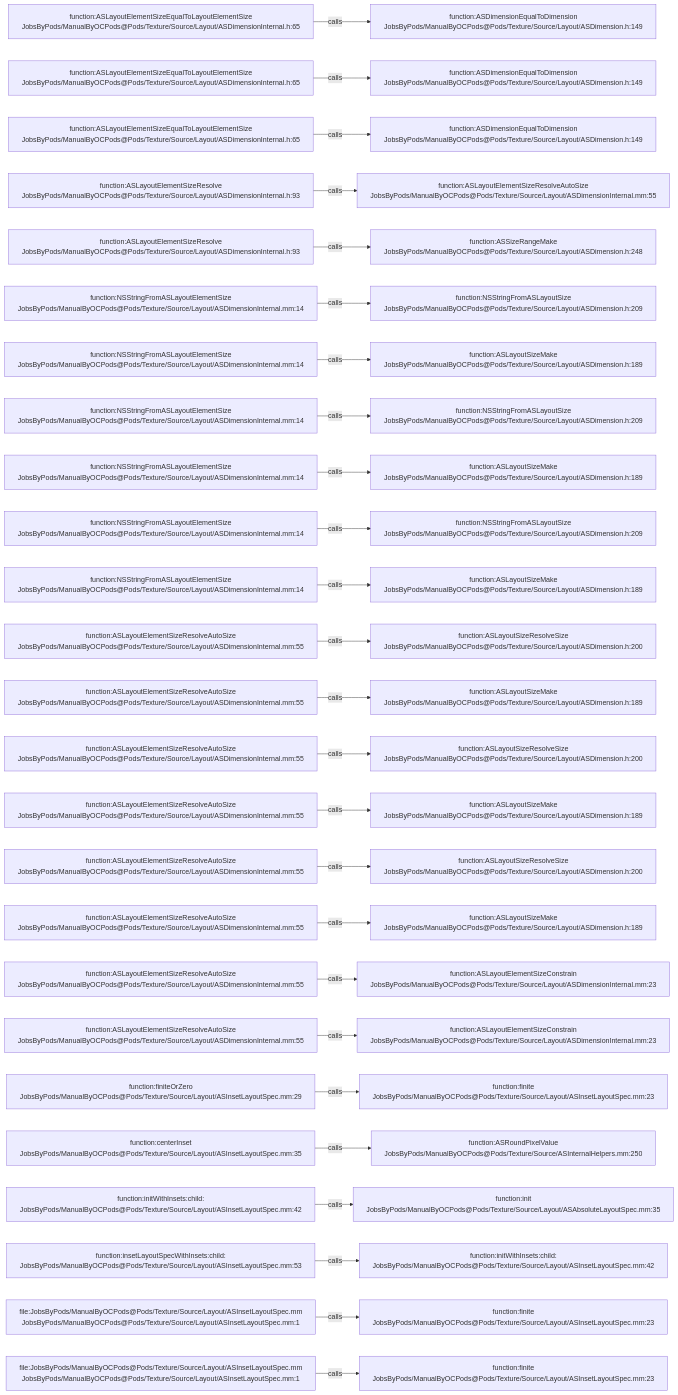
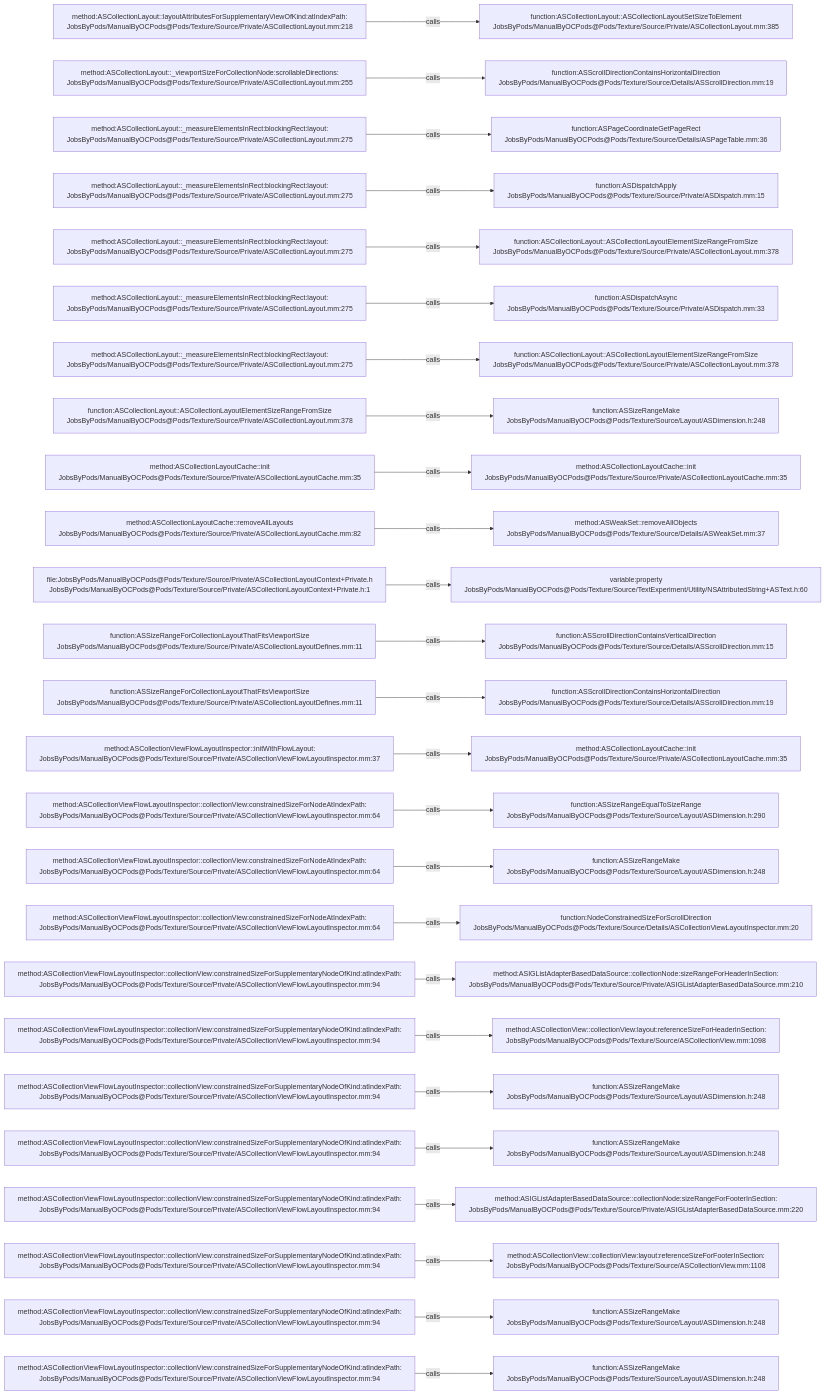
Before and after one commit to JobsKits/JobsOCBaseConfigDemo: the diagram in .codegraph/codegraph.md/graphs/calls-169.md, drawn with Mermaid. The commit also changed 2723 other files, not shown here.

````diff
--- a/.codegraph/codegraph.md/graphs/calls-169.md
+++ b/.codegraph/codegraph.md/graphs/calls-169.md
@@ -13,78 +13,78 @@
 ```mermaid
 flowchart LR
-  S1["function:ASLayoutElementSizeEqualToLayoutElementSize<br/>JobsByPods/ManualByOCPods@Pods/Texture/Source/Layout/ASDimensionInternal.h:65"]
-  T1["function:ASDimensionEqualToDimension<br/>JobsByPods/ManualByOCPods@Pods/Texture/Source/Layout/ASDimension.h:149"]
+  S1["method:ASCollectionLayout::layoutAttributesForSupplementaryViewOfKind:atIndexPath:<br/>JobsByPods/ManualByOCPods@Pods/Texture/Source/Private/ASCollectionLayout.mm:218"]
+  T1["function:ASCollectionLayout::ASCollectionLayoutSetSizeToElement<br/>JobsByPods/ManualByOCPods@Pods/Texture/Source/Private/ASCollectionLayout.mm:385"]
   S1 -->|calls| T1
-  S2["function:ASLayoutElementSizeEqualToLayoutElementSize<br/>JobsByPods/ManualByOCPods@Pods/Texture/Source/Layout/ASDimensionInternal.h:65"]
-  T2["function:ASDimensionEqualToDimension<br/>JobsByPods/ManualByOCPods@Pods/Texture/Source/Layout/ASDimension.h:149"]
+  S2["method:ASCollectionLayout::_viewportSizeForCollectionNode:scrollableDirections:<br/>JobsByPods/ManualByOCPods@Pods/Texture/Source/Private/ASCollectionLayout.mm:255"]
+  T2["function:ASScrollDirectionContainsHorizontalDirection<br/>JobsByPods/ManualByOCPods@Pods/Texture/Source/Details/ASScrollDirection.mm:19"]
   S2 -->|calls| T2
-  S3["function:ASLayoutElementSizeEqualToLayoutElementSize<br/>JobsByPods/ManualByOCPods@Pods/Texture/Source/Layout/ASDimensionInternal.h:65"]
-  T3["function:ASDimensionEqualToDimension<br/>JobsByPods/ManualByOCPods@Pods/Texture/Source/Layout/ASDimension.h:149"]
+  S3["method:ASCollectionLayout::_measureElementsInRect:blockingRect:layout:<br/>JobsByPods/ManualByOCPods@Pods/Texture/Source/Private/ASCollectionLayout.mm:275"]
+  T3["function:ASPageCoordinateGetPageRect<br/>JobsByPods/ManualByOCPods@Pods/Texture/Source/Details/ASPageTable.mm:36"]
   S3 -->|calls| T3
-  S4["function:ASLayoutElementSizeResolve<br/>JobsByPods/ManualByOCPods@Pods/Texture/Source/Layout/ASDimensionInternal.h:93"]
-  T4["function:ASLayoutElementSizeResolveAutoSize<br/>JobsByPods/ManualByOCPods@Pods/Texture/Source/Layout/ASDimensionInternal.mm:55"]
+  S4["method:ASCollectionLayout::_measureElementsInRect:blockingRect:layout:<br/>JobsByPods/ManualByOCPods@Pods/Texture/Source/Private/ASCollectionLayout.mm:275"]
+  T4["function:ASDispatchApply<br/>JobsByPods/ManualByOCPods@Pods/Texture/Source/Private/ASDispatch.mm:15"]
   S4 -->|calls| T4
-  S5["function:ASLayoutElementSizeResolve<br/>JobsByPods/ManualByOCPods@Pods/Texture/Source/Layout/ASDimensionInternal.h:93"]
-  T5["function:ASSizeRangeMake<br/>JobsByPods/ManualByOCPods@Pods/Texture/Source/Layout/ASDimension.h:248"]
+  S5["method:ASCollectionLayout::_measureElementsInRect:blockingRect:layout:<br/>JobsByPods/ManualByOCPods@Pods/Texture/Source/Private/ASCollectionLayout.mm:275"]
+  T5["function:ASCollectionLayout::ASCollectionLayoutElementSizeRangeFromSize<br/>JobsByPods/ManualByOCPods@Pods/Texture/Source/Private/ASCollectionLayout.mm:378"]
   S5 -->|calls| T5
-  S6["function:NSStringFromASLayoutElementSize<br/>JobsByPods/ManualByOCPods@Pods/Texture/Source/Layout/ASDimensionInternal.mm:14"]
-  T6["function:NSStringFromASLayoutSize<br/>JobsByPods/ManualByOCPods@Pods/Texture/Source/Layout/ASDimension.h:209"]
+  S6["method:ASCollectionLayout::_measureElementsInRect:blockingRect:layout:<br/>JobsByPods/ManualByOCPods@Pods/Texture/Source/Private/ASCollectionLayout.mm:275"]
+  T6["function:ASDispatchAsync<br/>JobsByPods/ManualByOCPods@Pods/Texture/Source/Private/ASDispatch.mm:33"]
   S6 -->|calls| T6
-  S7["function:NSStringFromASLayoutElementSize<br/>JobsByPods/ManualByOCPods@Pods/Texture/Source/Layout/ASDimensionInternal.mm:14"]
-  T7["function:ASLayoutSizeMake<br/>JobsByPods/ManualByOCPods@Pods/Texture/Source/Layout/ASDimension.h:189"]
+  S7["method:ASCollectionLayout::_measureElementsInRect:blockingRect:layout:<br/>JobsByPods/ManualByOCPods@Pods/Texture/Source/Private/ASCollectionLayout.mm:275"]
+  T7["function:ASCollectionLayout::ASCollectionLayoutElementSizeRangeFromSize<br/>JobsByPods/ManualByOCPods@Pods/Texture/Source/Private/ASCollectionLayout.mm:378"]
   S7 -->|calls| T7
-  S8["function:NSStringFromASLayoutElementSize<br/>JobsByPods/ManualByOCPods@Pods/Texture/Source/Layout/ASDimensionInternal.mm:14"]
-  T8["function:NSStringFromASLayoutSize<br/>JobsByPods/ManualByOCPods@Pods/Texture/Source/Layout/ASDimension.h:209"]
+  S8["function:ASCollectionLayout::ASCollectionLayoutElementSizeRangeFromSize<br/>JobsByPods/ManualByOCPods@Pods/Texture/Source/Private/ASCollectionLayout.mm:378"]
+  T8["function:ASSizeRangeMake<br/>JobsByPods/ManualByOCPods@Pods/Texture/Source/Layout/ASDimension.h:248"]
   S8 -->|calls| T8
-  S9["function:NSStringFromASLayoutElementSize<br/>JobsByPods/ManualByOCPods@Pods/Texture/Source/Layout/ASDimensionInternal.mm:14"]
-  T9["function:ASLayoutSizeMake<br/>JobsByPods/ManualByOCPods@Pods/Texture/Source/Layout/ASDimension.h:189"]
+  S9["method:ASCollectionLayoutCache::init<br/>JobsByPods/ManualByOCPods@Pods/Texture/Source/Private/ASCollectionLayoutCache.mm:35"]
+  T9["method:ASCollectionLayoutCache::init<br/>JobsByPods/ManualByOCPods@Pods/Texture/Source/Private/ASCollectionLayoutCache.mm:35"]
   S9 -->|calls| T9
-  S10["function:NSStringFromASLayoutElementSize<br/>JobsByPods/ManualByOCPods@Pods/Texture/Source/Layout/ASDimensionInternal.mm:14"]
-  T10["function:NSStringFromASLayoutSize<br/>JobsByPods/ManualByOCPods@Pods/Texture/Source/Layout/ASDimension.h:209"]
+  S10["method:ASCollectionLayoutCache::removeAllLayouts<br/>JobsByPods/ManualByOCPods@Pods/Texture/Source/Private/ASCollectionLayoutCache.mm:82"]
+  T10["method:ASWeakSet::removeAllObjects<br/>JobsByPods/ManualByOCPods@Pods/Texture/Source/Details/ASWeakSet.mm:37"]
   S10 -->|calls| T10
-  S11["function:NSStringFromASLayoutElementSize<br/>JobsByPods/ManualByOCPods@Pods/Texture/Source/Layout/ASDimensionInternal.mm:14"]
-  T11["function:ASLayoutSizeMake<br/>JobsByPods/ManualByOCPods@Pods/Texture/Source/Layout/ASDimension.h:189"]
+  S11["file:JobsByPods/ManualByOCPods@Pods/Texture/Source/Private/ASCollectionLayoutContext+Private.h<br/>JobsByPods/ManualByOCPods@Pods/Texture/Source/Private/ASCollectionLayoutContext+Private.h:1"]
+  T11["variable:property<br/>JobsByPods/ManualByOCPods@Pods/Texture/Source/TextExperiment/Utility/NSAttributedString+ASText.h:60"]
   S11 -->|calls| T11
-  S12["function:ASLayoutElementSizeResolveAutoSize<br/>JobsByPods/ManualByOCPods@Pods/Texture/Source/Layout/ASDimensionInternal.mm:55"]
-  T12["function:ASLayoutSizeResolveSize<br/>JobsByPods/ManualByOCPods@Pods/Texture/Source/Layout/ASDimension.h:200"]
+  S12["function:ASSizeRangeForCollectionLayoutThatFitsViewportSize<br/>JobsByPods/ManualByOCPods@Pods/Texture/Source/Private/ASCollectionLayoutDefines.mm:11"]
+  T12["function:ASScrollDirectionContainsVerticalDirection<br/>JobsByPods/ManualByOCPods@Pods/Texture/Source/Details/ASScrollDirection.mm:15"]
   S12 -->|calls| T12
-  S13["function:ASLayoutElementSizeResolveAutoSize<br/>JobsByPods/ManualByOCPods@Pods/Texture/Source/Layout/ASDimensionInternal.mm:55"]
-  T13["function:ASLayoutSizeMake<br/>JobsByPods/ManualByOCPods@Pods/Texture/Source/Layout/ASDimension.h:189"]
+  S13["function:ASSizeRangeForCollectionLayoutThatFitsViewportSize<br/>JobsByPods/ManualByOCPods@Pods/Texture/Source/Private/ASCollectionLayoutDefines.mm:11"]
+  T13["function:ASScrollDirectionContainsHorizontalDirection<br/>JobsByPods/ManualByOCPods@Pods/Texture/Source/Details/ASScrollDirection.mm:19"]
   S13 -->|calls| T13
-  S14["function:ASLayoutElementSizeResolveAutoSize<br/>JobsByPods/ManualByOCPods@Pods/Texture/Source/Layout/ASDimensionInternal.mm:55"]
-  T14["function:ASLayoutSizeResolveSize<br/>JobsByPods/ManualByOCPods@Pods/Texture/Source/Layout/ASDimension.h:200"]
+  S14["method:ASCollectionViewFlowLayoutInspector::initWithFlowLayout:<br/>JobsByPods/ManualByOCPods@Pods/Texture/Source/Private/ASCollectionViewFlowLayoutInspector.mm:37"]
+  T14["method:ASCollectionLayoutCache::init<br/>JobsByPods/ManualByOCPods@Pods/Texture/Source/Private/ASCollectionLayoutCache.mm:35"]
   S14 -->|calls| T14
-  S15["function:ASLayoutElementSizeResolveAutoSize<br/>JobsByPods/ManualByOCPods@Pods/Texture/Source/Layout/ASDimensionInternal.mm:55"]
-  T15["function:ASLayoutSizeMake<br/>JobsByPods/ManualByOCPods@Pods/Texture/Source/Layout/ASDimension.h:189"]
+  S15["method:ASCollectionViewFlowLayoutInspector::collectionView:constrainedSizeForNodeAtIndexPath:<br/>JobsByPods/ManualByOCPods@Pods/Texture/Source/Private/ASCollectionViewFlowLayoutInspector.mm:64"]
+  T15["function:ASSizeRangeEqualToSizeRange<br/>JobsByPods/ManualByOCPods@Pods/Texture/Source/Layout/ASDimension.h:290"]
   S15 -->|calls| T15
-  S16["function:ASLayoutElementSizeResolveAutoSize<br/>JobsByPods/ManualByOCPods@Pods/Texture/Source/Layout/ASDimensionInternal.mm:55"]
-  T16["function:ASLayoutSizeResolveSize<br/>JobsByPods/ManualByOCPods@Pods/Texture/Source/Layout/ASDimension.h:200"]
+  S16["method:ASCollectionViewFlowLayoutInspector::collectionView:constrainedSizeForNodeAtIndexPath:<br/>JobsByPods/ManualByOCPods@Pods/Texture/Source/Private/ASCollectionViewFlowLayoutInspector.mm:64"]
+  T16["function:ASSizeRangeMake<br/>JobsByPods/ManualByOCPods@Pods/Texture/Source/Layout/ASDimension.h:248"]
   S16 -->|calls| T16
-  S17["function:ASLayoutElementSizeResolveAutoSize<br/>JobsByPods/ManualByOCPods@Pods/Texture/Source/Layout/ASDimensionInternal.mm:55"]
-  T17["function:ASLayoutSizeMake<br/>JobsByPods/ManualByOCPods@Pods/Texture/Source/Layout/ASDimension.h:189"]
+  S17["method:ASCollectionViewFlowLayoutInspector::collectionView:constrainedSizeForNodeAtIndexPath:<br/>JobsByPods/ManualByOCPods@Pods/Texture/Source/Private/ASCollectionViewFlowLayoutInspector.mm:64"]
+  T17["function:NodeConstrainedSizeForScrollDirection<br/>JobsByPods/ManualByOCPods@Pods/Texture/Source/Details/ASCollectionViewLayoutInspector.mm:20"]
   S17 -->|calls| T17
-  S18["function:ASLayoutElementSizeResolveAutoSize<br/>JobsByPods/ManualByOCPods@Pods/Texture/Source/Layout/ASDimensionInternal.mm:55"]
-  T18["function:ASLayoutElementSizeConstrain<br/>JobsByPods/ManualByOCPods@Pods/Texture/Source/Layout/ASDimensionInternal.mm:23"]
+  S18["method:ASCollectionViewFlowLayoutInspector::collectionView:constrainedSizeForSupplementaryNodeOfKind:atIndexPath:<br/>JobsByPods/ManualByOCPods@Pods/Texture/Source/Private/ASCollectionViewFlowLayoutInspector.mm:94"]
+  T18["method:ASIGListAdapterBasedDataSource::collectionNode:sizeRangeForHeaderInSection:<br/>JobsByPods/ManualByOCPods@Pods/Texture/Source/Private/ASIGListAdapterBasedDataSource.mm:210"]
   S18 -->|calls| T18
-  S19["function:ASLayoutElementSizeResolveAutoSize<br/>JobsByPods/ManualByOCPods@Pods/Texture/Source/Layout/ASDimensionInternal.mm:55"]
-  T19["function:ASLayoutElementSizeConstrain<br/>JobsByPods/ManualByOCPods@Pods/Texture/Source/Layout/ASDimensionInternal.mm:23"]
+  S19["method:ASCollectionViewFlowLayoutInspector::collectionView:constrainedSizeForSupplementaryNodeOfKind:atIndexPath:<br/>JobsByPods/ManualByOCPods@Pods/Texture/Source/Private/ASCollectionViewFlowLayoutInspector.mm:94"]
+  T19["method:ASCollectionView::collectionView:layout:referenceSizeForHeaderInSection:<br/>JobsByPods/ManualByOCPods@Pods/Texture/Source/ASCollectionView.mm:1098"]
   S19 -->|calls| T19
-  S20["function:finiteOrZero<br/>JobsByPods/ManualByOCPods@Pods/Texture/Source/Layout/ASInsetLayoutSpec.mm:29"]
-  T20["function:finite<br/>JobsByPods/ManualByOCPods@Pods/Texture/Source/Layout/ASInsetLayoutSpec.mm:23"]
+  S20["method:ASCollectionViewFlowLayoutInspector::collectionView:constrainedSizeForSupplementaryNodeOfKind:atIndexPath:<br/>JobsByPods/ManualByOCPods@Pods/Texture/Source/Private/ASCollectionViewFlowLayoutInspector.mm:94"]
+  T20["function:ASSizeRangeMake<br/>JobsByPods/ManualByOCPods@Pods/Texture/Source/Layout/ASDimension.h:248"]
   S20 -->|calls| T20
-  S21["function:centerInset<br/>JobsByPods/ManualByOCPods@Pods/Texture/Source/Layout/ASInsetLayoutSpec.mm:35"]
-  T21["function:ASRoundPixelValue<br/>JobsByPods/ManualByOCPods@Pods/Texture/Source/ASInternalHelpers.mm:250"]
+  S21["method:ASCollectionViewFlowLayoutInspector::collectionView:constrainedSizeForSupplementaryNodeOfKind:atIndexPath:<br/>JobsByPods/ManualByOCPods@Pods/Texture/Source/Private/ASCollectionViewFlowLayoutInspector.mm:94"]
+  T21["function:ASSizeRangeMake<br/>JobsByPods/ManualByOCPods@Pods/Texture/Source/Layout/ASDimension.h:248"]
   S21 -->|calls| T21
-  S22["function:initWithInsets:child:<br/>JobsByPods/ManualByOCPods@Pods/Texture/Source/Layout/ASInsetLayoutSpec.mm:42"]
-  T22["function:init<br/>JobsByPods/ManualByOCPods@Pods/Texture/Source/Layout/ASAbsoluteLayoutSpec.mm:35"]
+  S22["method:ASCollectionViewFlowLayoutInspector::collectionView:constrainedSizeForSupplementaryNodeOfKind:atIndexPath:<br/>JobsByPods/ManualByOCPods@Pods/Texture/Source/Private/ASCollectionViewFlowLayoutInspector.mm:94"]
+  T22["method:ASIGListAdapterBasedDataSource::collectionNode:sizeRangeForFooterInSection:<br/>JobsByPods/ManualByOCPods@Pods/Texture/Source/Private/ASIGListAdapterBasedDataSource.mm:220"]
   S22 -->|calls| T22
-  S23["function:insetLayoutSpecWithInsets:child:<br/>JobsByPods/ManualByOCPods@Pods/Texture/Source/Layout/ASInsetLayoutSpec.mm:53"]
-  T23["function:initWithInsets:child:<br/>JobsByPods/ManualByOCPods@Pods/Texture/Source/Layout/ASInsetLayoutSpec.mm:42"]
+  S23["method:ASCollectionViewFlowLayoutInspector::collectionView:constrainedSizeForSupplementaryNodeOfKind:atIndexPath:<br/>JobsByPods/ManualByOCPods@Pods/Texture/Source/Private/ASCollectionViewFlowLayoutInspector.mm:94"]
+  T23["method:ASCollectionView::collectionView:layout:referenceSizeForFooterInSection:<br/>JobsByPods/ManualByOCPods@Pods/Texture/Source/ASCollectionView.mm:1108"]
   S23 -->|calls| T23
-  S24["file:JobsByPods/ManualByOCPods@Pods/Texture/Source/Layout/ASInsetLayoutSpec.mm<br/>JobsByPods/ManualByOCPods@Pods/Texture/Source/Layout/ASInsetLayoutSpec.mm:1"]
-  T24["function:finite<br/>JobsByPods/ManualByOCPods@Pods/Texture/Source/Layout/ASInsetLayoutSpec.mm:23"]
+  S24["method:ASCollectionViewFlowLayoutInspector::collectionView:constrainedSizeForSupplementaryNodeOfKind:atIndexPath:<br/>JobsByPods/ManualByOCPods@Pods/Texture/Source/Private/ASCollectionViewFlowLayoutInspector.mm:94"]
+  T24["function:ASSizeRangeMake<br/>JobsByPods/ManualByOCPods@Pods/Texture/Source/Layout/ASDimension.h:248"]
   S24 -->|calls| T24
-  S25["file:JobsByPods/ManualByOCPods@Pods/Texture/Source/Layout/ASInsetLayoutSpec.mm<br/>JobsByPods/ManualByOCPods@Pods/Texture/Source/Layout/ASInsetLayoutSpec.mm:1"]
-  T25["function:finite<br/>JobsByPods/ManualByOCPods@Pods/Texture/Source/Layout/ASInsetLayoutSpec.mm:23"]
+  S25["method:ASCollectionViewFlowLayoutInspector::collectionView:constrainedSizeForSupplementaryNodeOfKind:atIndexPath:<br/>JobsByPods/ManualByOCPods@Pods/Texture/Source/Private/ASCollectionViewFlowLayoutInspector.mm:94"]
+  T25["function:ASSizeRangeMake<br/>JobsByPods/ManualByOCPods@Pods/Texture/Source/Layout/ASDimension.h:248"]
   S25 -->|calls| T25
 ```
````
